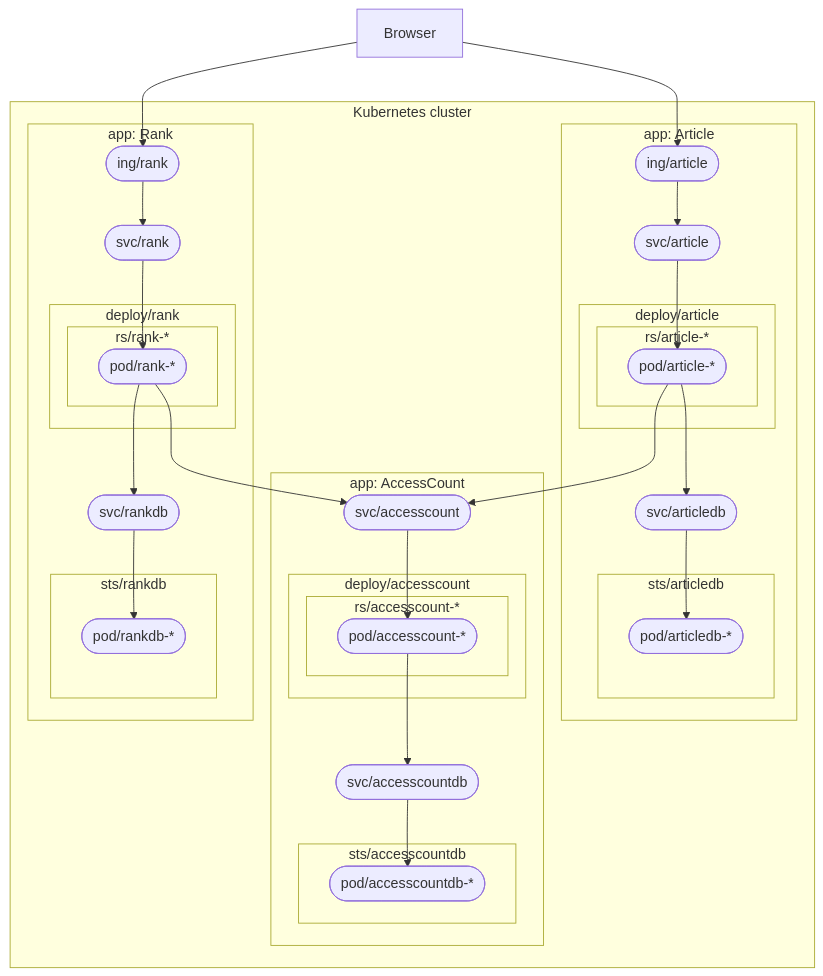
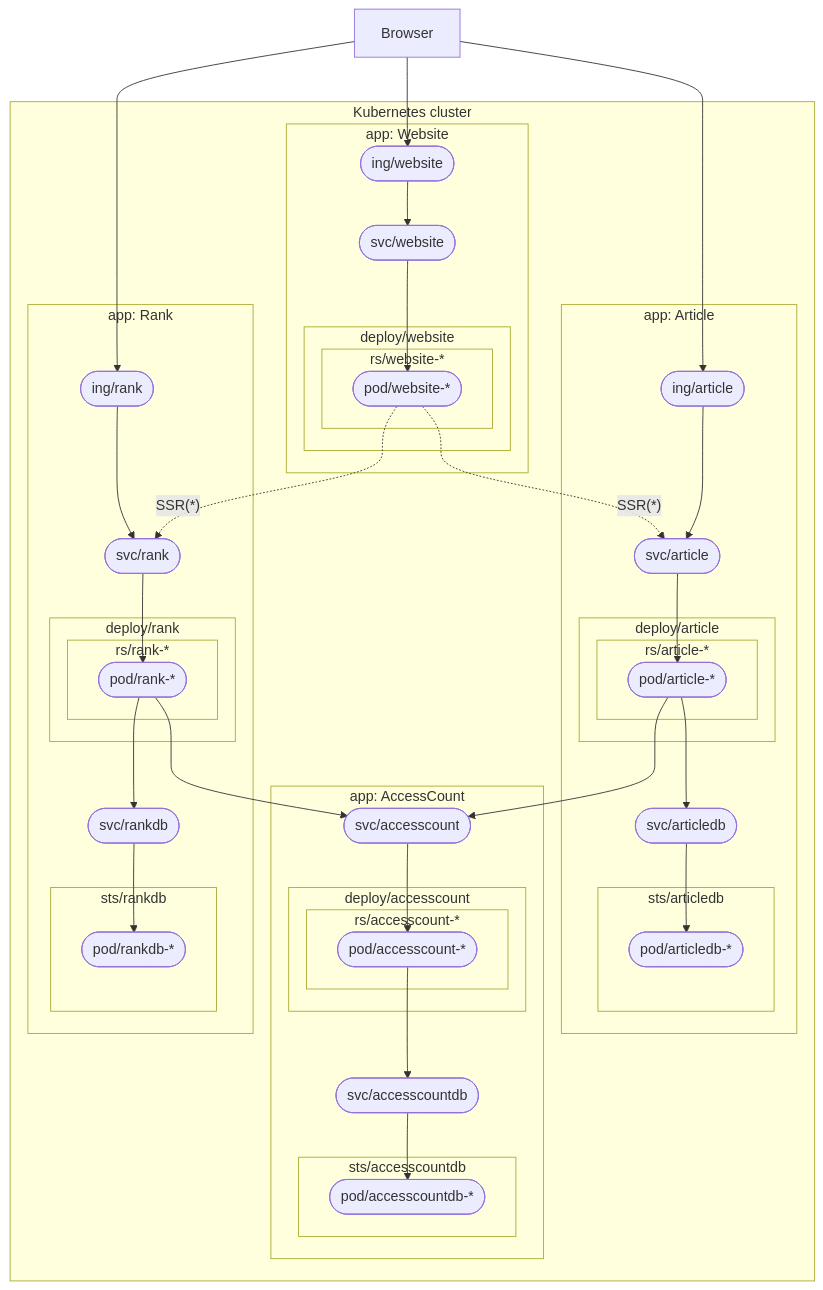
Before and after one commit to satooooshi/kubernetes-sample1: the second of 2 diagrams in README.md, drawn with Mermaid. The commit also changed other lines of this file, not shown here.

````diff
--- a/README.md
+++ b/README.md
@@ -41,51 +50,63 @@
 ```mermaid
 %% こういう、Kubernetesリソースを意識した図もあったほうがよさそう
 graph TD
   browser[Browser] --> articleIng
   browser --> rankIng
+  browser --> websiteIng
   subgraph cluster["Kubernetes cluster"]
     articlePod --> accesscountSvc
     rankPod --> accesscountSvc
+    websitePod -. "SSR(*)" .-> articleSvc
+    subgraph websiteApp["app: Website"]
+      websiteIng(["ing/website"]) --> websiteSvc(["svc/website"])
+      websiteSvc --> websitePod
+      subgraph websiteDeploy["deploy/website"]
+        subgraph websiteRs["rs/website-*"]
+          websitePod(["pod/website-*"])
+        end
+      end
+    end
     subgraph articleApp["app: Article"]
       articleIng(["ing/article"]) --> articleSvc
       articleSvc(["svc/article"]) --> articlePod
       articlePod --> articleDBSvc
       subgraph articleDeploy["deploy/article"]
         subgraph articleRs["rs/article-*"]
           articlePod(["pod/article-*"])
         end
       end
       articleDBSvc(["svc/articledb"]) --> articleDBPod
       subgraph articleDBSts["sts/articledb"]
         articleDBPod(["pod/articledb-*"])
       end
     end
     subgraph accesscountApp["app: AccessCount"]
       accesscountSvc(["svc/accesscount"]) --> accesscountPod
       accesscountPod --> accesscountDBSvc
       subgraph accesscountDeploy["deploy/accesscount"]
         subgraph accesscountRs["rs/accesscount-*"]
           accesscountPod(["pod/accesscount-*"])
         end
       end
       accesscountDBSvc(["svc/accesscountdb"]) --> accesscountDBPod
       subgraph accesscountDBSts["sts/accesscountdb"]
         accesscountDBPod(["pod/accesscountdb-*"])
       end
     end
     subgraph rankApp["app: Rank"]
       rankIng(["ing/rank"]) --> rankSvc
       rankSvc(["svc/rank"]) --> rankPod
       rankPod --> rankDBSvc
       subgraph rankDeploy["deploy/rank"]
         subgraph rankRs["rs/rank-*"]
           rankPod(["pod/rank-*"])
         end
       end
       rankDBSvc(["svc/rankdb"]) --> rankDBPod
       subgraph rankDBSts["sts/rankdb"]
         rankDBPod(["pod/rankdb-*"])
       end
     end
+    websitePod -. "SSR(*)" .-> rankSvc
   end
 ```
````
